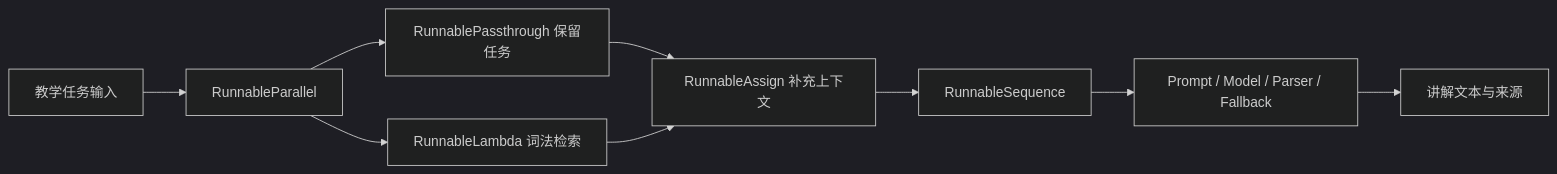
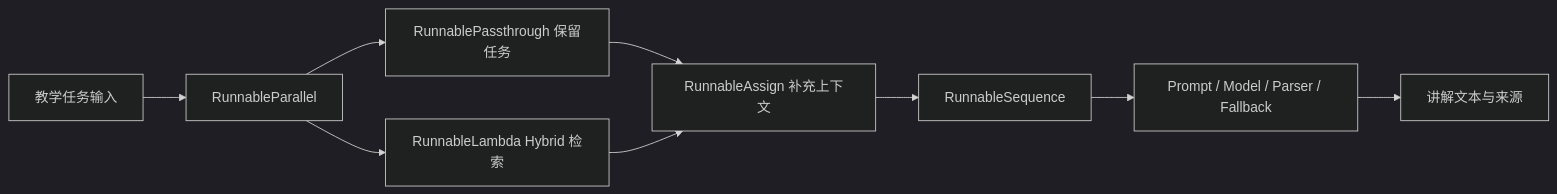
One commit to gtfy12345/learning-coach changed the fourth of 4 diagrams in README.md. Above: the diagram before and after it, drawn with Mermaid (dark theme). The commit also changed other lines of this file and 20 other files, not shown here.

````diff
--- a/README.md
+++ b/README.md
@@ -348,11 +386,11 @@
 ```mermaid
 flowchart LR
     I[教学任务输入] --> P[RunnableParallel]
     P --> K[RunnablePassthrough 保留任务]
-    P --> R[RunnableLambda 词法检索]
+    P --> R[RunnableLambda Hybrid 检索]
     K --> A[RunnableAssign 补充上下文]
     R --> A
     A --> S[RunnableSequence]
     S --> O[Prompt / Model / Parser / Fallback]
     O --> G[讲解文本与来源]
 ```
````
